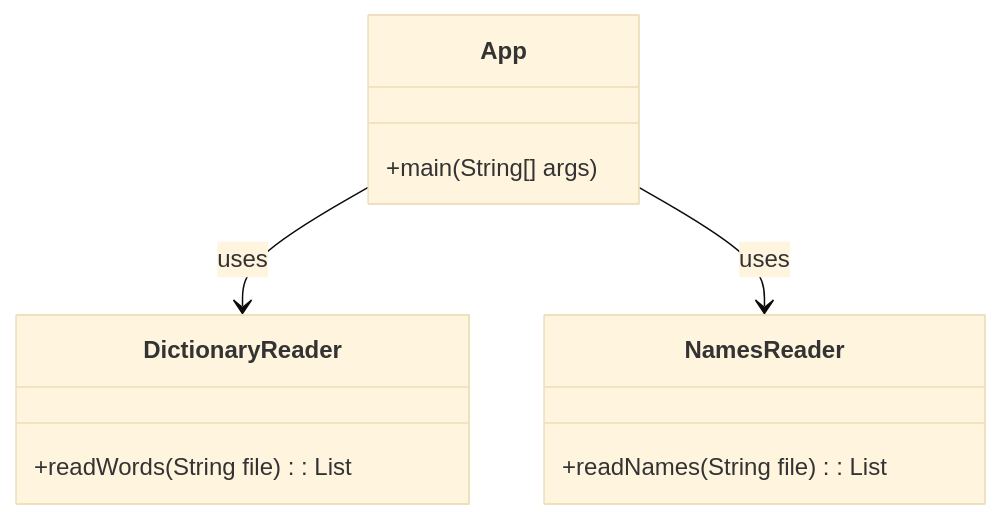
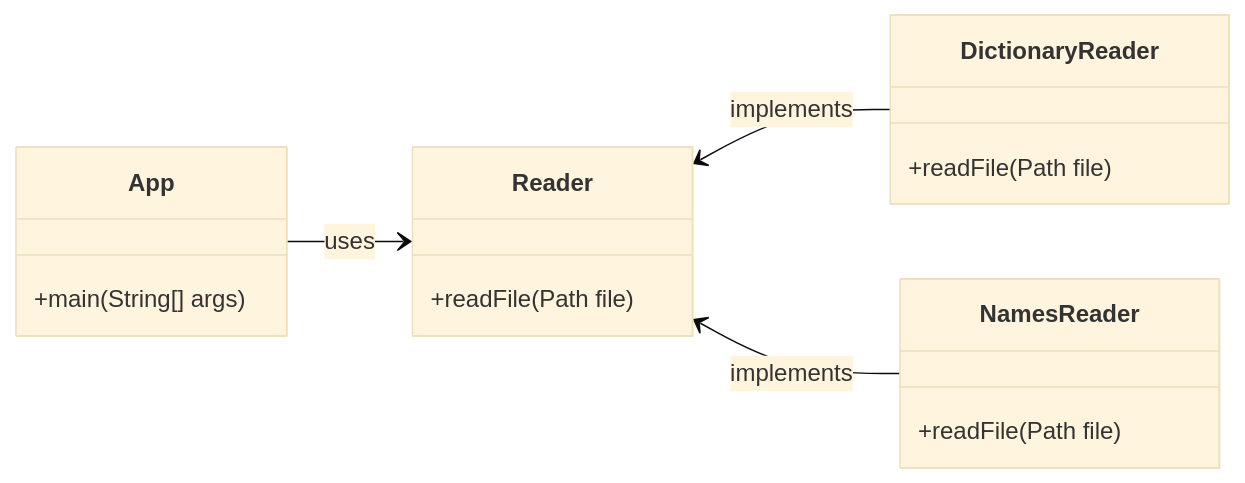
One commit to ohjelmointi2/wordplay-exercise changed the diagram in readme.md. Above: the diagram before and after it, drawn with Mermaid (base theme). The commit also changed other lines of this file and 11 other files, not shown here.

````diff
--- a/readme.md
+++ b/readme.md
@@ -63,19 +25,24 @@
 ```mermaid
 classDiagram
+    direction LR
 
     class App {
         +main(String[] args)
     }
 
     class DictionaryReader {
-        +readWords(String file): List<String>
+        +readFile(Path file)
     }
 
     class NamesReader {
-        +readNames(String file): List<String>
+        +readFile(Path file)
     }
 
+    class Reader {
+        +readFile(Path file)
+    }
 
-    App --> DictionaryReader : uses
-    App --> NamesReader : uses
+    App --> Reader : uses
+    Reader <-- DictionaryReader: implements
+    Reader <-- NamesReader : implements
 ```
````
